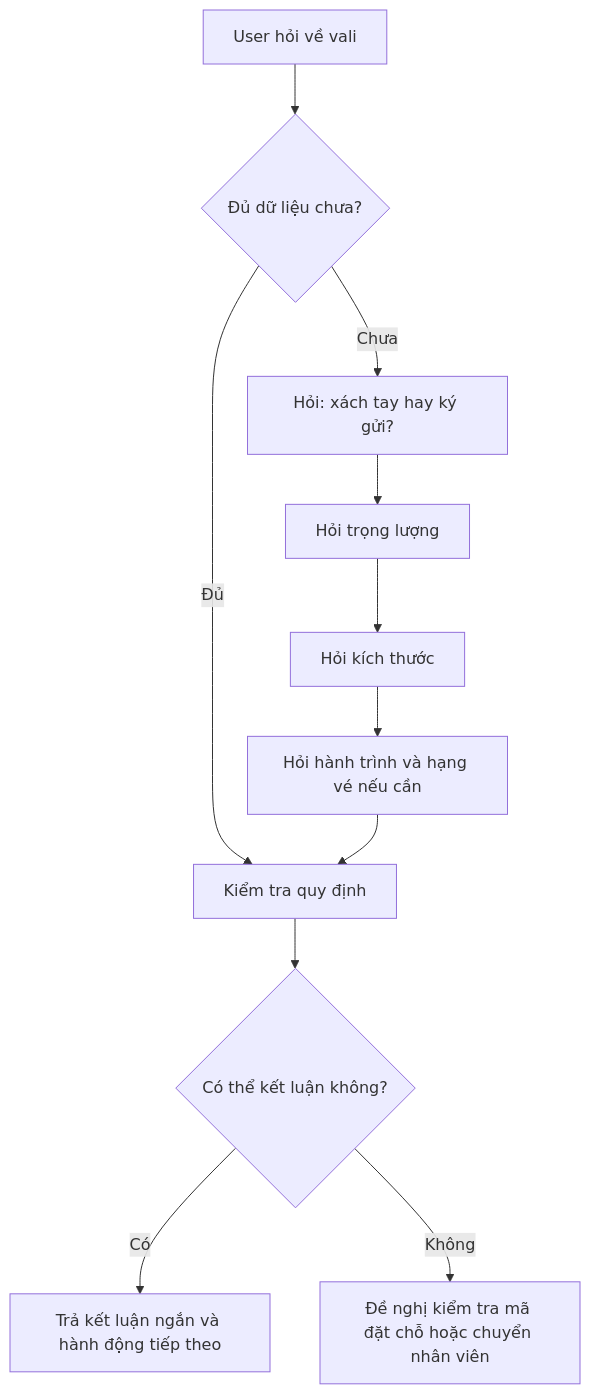
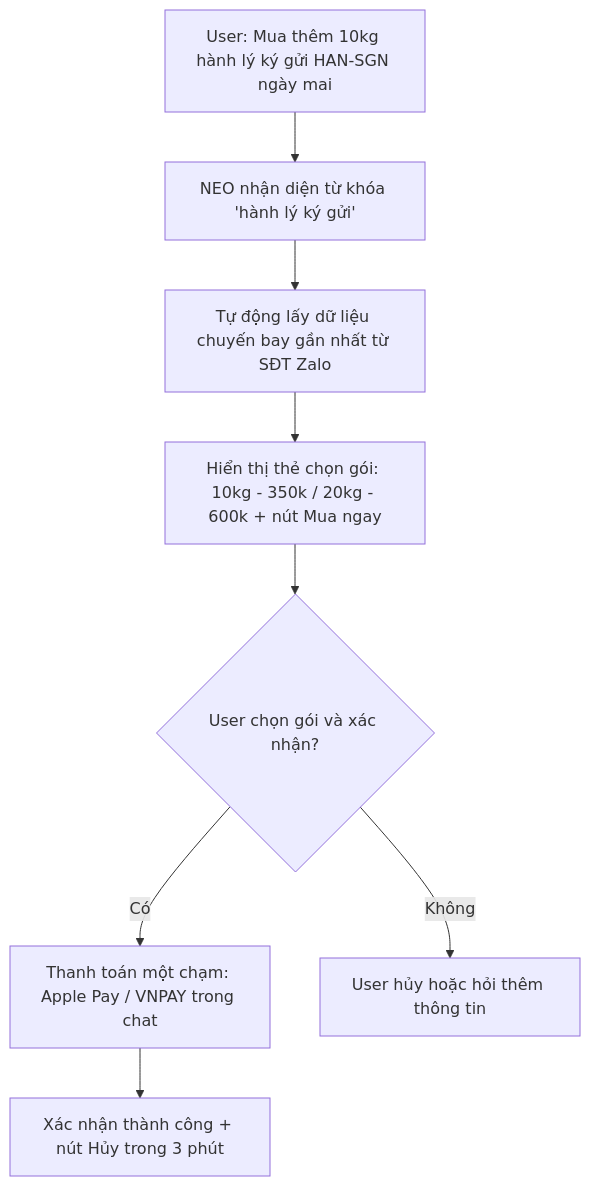
The second of 2 diagrams in 01-invidual-workshop/app-teardown-result.md (hanhvs/Day06-2A202600722-VuongSyHanh), drawn with Mermaid before and after one commit. The commit also changed other lines of this file and 9 other files, not shown here.

````diff
--- a/01-invidual-workshop/app-teardown-result.md
+++ b/01-invidual-workshop/app-teardown-result.md
@@ -140,18 +134,11 @@
 ```mermaid
 flowchart TD
-    A["User hỏi về vali"]
-    --> B{"Đủ dữ liệu chưa?"}
-
-    B -- "Chưa" --> C["Hỏi: xách tay hay ký gửi?"]
-    C --> D["Hỏi trọng lượng"]
-    D --> E["Hỏi kích thước"]
-    E --> F["Hỏi hành trình và hạng vé nếu cần"]
-
-    B -- "Đủ" --> G["Kiểm tra quy định"]
-    F --> G
-
-    G --> H{"Có thể kết luận không?"}
-
-    H -- "Có" --> I["Trả kết luận ngắn và hành động tiếp theo"]
-    H -- "Không" --> J["Đề nghị kiểm tra mã đặt chỗ hoặc chuyển nhân viên"]
+    A["User: Mua thêm 10kg hành lý ký gửi HAN-SGN ngày mai"]
+    --> B["NEO nhận diện từ khóa 'hành lý ký gửi'"]
+    --> C["Tự động lấy dữ liệu chuyến bay gần nhất từ SĐT Zalo"]
+    --> D["Hiển thị thẻ chọn gói: 10kg - 350k / 20kg - 600k + nút Mua ngay"]
+    --> E{"User chọn gói và xác nhận?"}
+    E -- "Có" --> F["Thanh toán một chạm: Apple Pay / VNPAY trong chat"]
+    F --> G["Xác nhận thành công + nút Hủy trong 3 phút"]
+    E -- "Không" --> H["User hủy hoặc hỏi thêm thông tin"]
 ```
````
